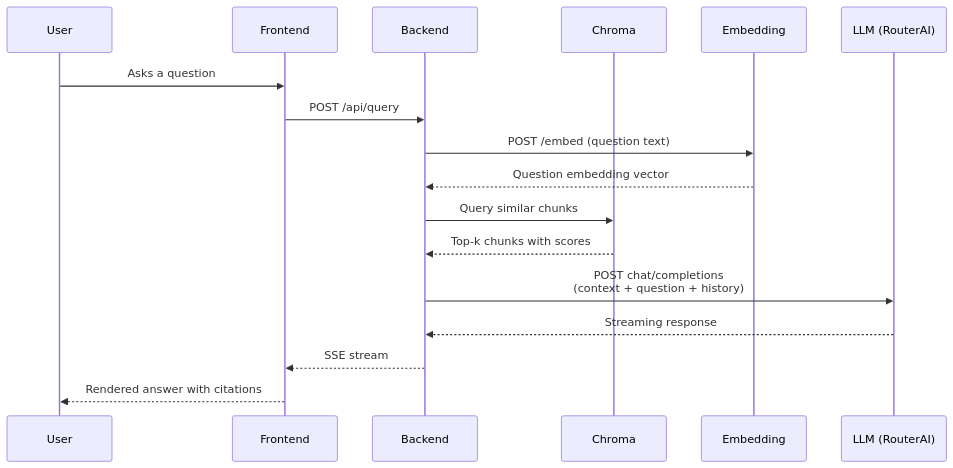
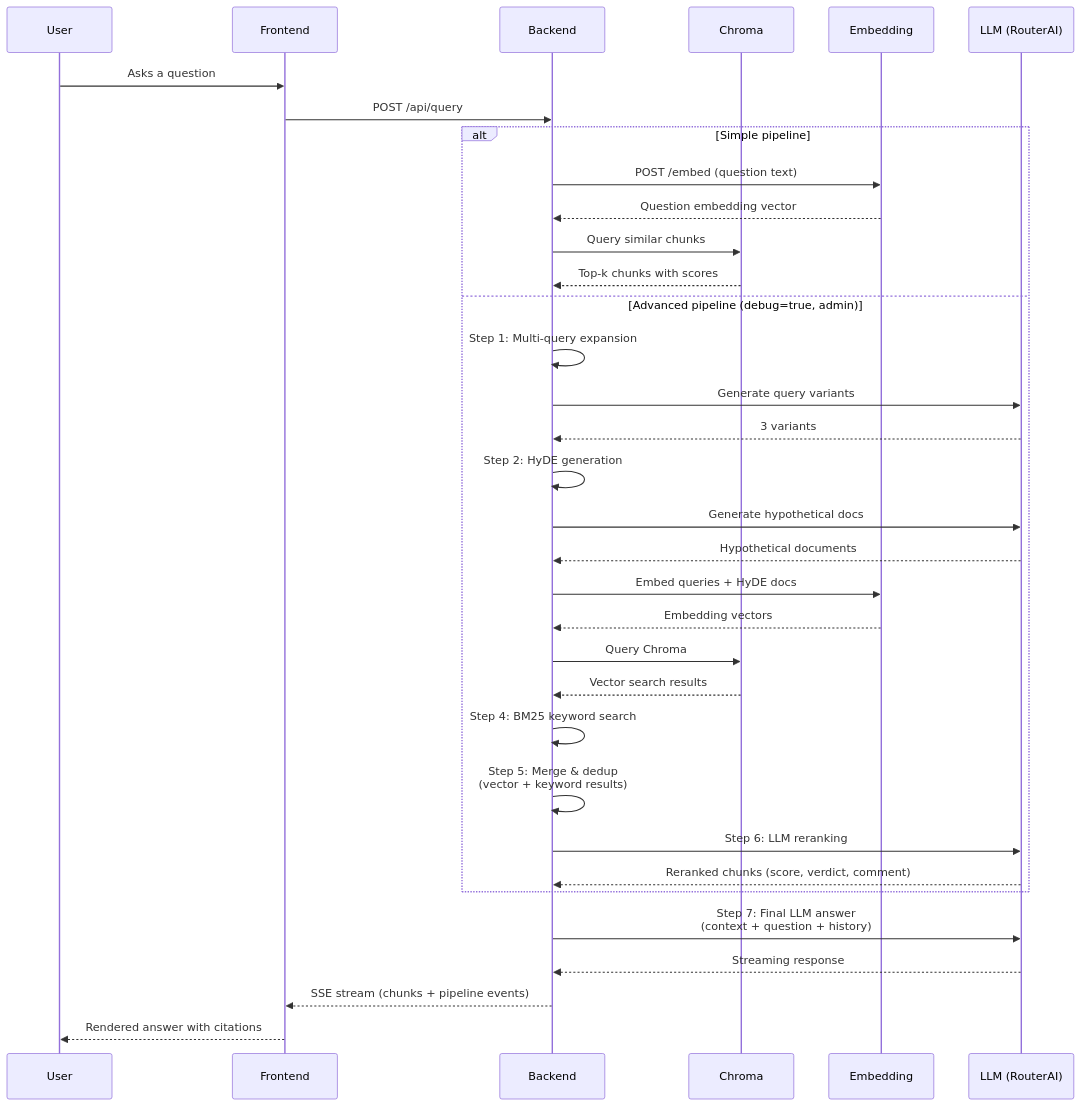
One commit to n-marusov/vedo-help changed the third of 3 diagrams in docs/architecture.md. Above: the diagram before and after it, drawn with Mermaid. The commit also changed other lines of this file and 11 other files, not shown here.

Commit message:
docs: update API, GUI, and architecture docs for v0.4.2

````diff
--- a/docs/architecture.md
+++ b/docs/architecture.md
@@ -205,20 +205,37 @@
 ```mermaid
 sequenceDiagram
     participant U as User
     participant F as Frontend
     participant B as Backend
     participant C as Chroma
     participant E as Embedding
     participant L as LLM (RouterAI)
 
     U->>F: Asks a question
     F->>B: POST /api/query
-    B->>E: POST /embed (question text)
-    E-->>B: Question embedding vector
-    B->>C: Query similar chunks
-    C-->>B: Top-k chunks with scores
-    B->>L: POST chat/completions<br/>(context + question + history)
+    alt Simple pipeline
+        B->>E: POST /embed (question text)
+        E-->>B: Question embedding vector
+        B->>C: Query similar chunks
+        C-->>B: Top-k chunks with scores
+    else Advanced pipeline (debug=true, admin)
+        B->>B: Step 1: Multi-query expansion
+        B->>L: Generate query variants
+        L-->>B: 3 variants
+        B->>B: Step 2: HyDE generation
+        B->>L: Generate hypothetical docs
+        L-->>B: Hypothetical documents
+        B->>E: Embed queries + HyDE docs
+        E-->>B: Embedding vectors
+        B->>C: Query Chroma
+        C-->>B: Vector search results
+        B->>B: Step 4: BM25 keyword search
+        B->>B: Step 5: Merge & dedup<br/>(vector + keyword results)
+        B->>L: Step 6: LLM reranking
+        L-->>B: Reranked chunks (score, verdict, comment)
+    end
+    B->>L: Step 7: Final LLM answer<br/>(context + question + history)
     L-->>B: Streaming response
-    B-->>F: SSE stream
+    B-->>F: SSE stream (chunks + pipeline events)
     F-->>U: Rendered answer with citations
 ```
````
